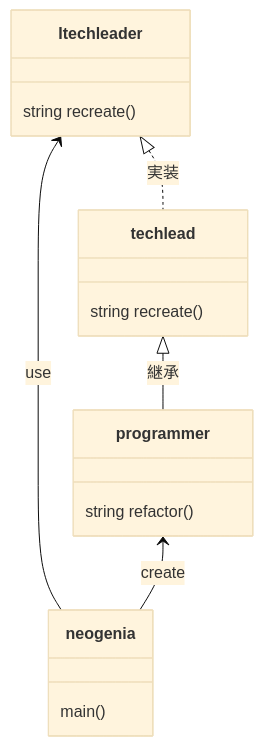
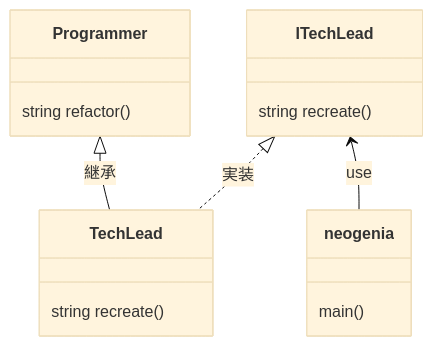
Before and after one commit to 0123takaokeita/design_patterns: the second of 2 diagrams in adapter/class_diagram.md, drawn with Mermaid (base theme). The commit also changed other lines of this file, not shown here.

Commit message:
fix: class図の関係が間違っていたので修正した

````diff
--- a/adapter/class_diagram.md
+++ b/adapter/class_diagram.md
@@ -36,24 +33,23 @@
 ```mermaid
 classDiagram
-    Itechleader <|.. techlead   : 実装
-    Itechleader <--  neogenia   : use
-    programmer  <--  neogenia   : create
-    techlead    <|-- programmer : 継承
+    ITechLead <|.. TechLead : 実装
+    ITechLead <--  neogenia : use
+    Programmer  <|-- TechLead : 継承
 
-    class Itechleader {
+    class ITechLead {
         string recreate()
     }
 
     class neogenia {
         main()
     }
 
-    class techlead {
+    class TechLead {
         string recreate()
     }
 
-    class programmer{
+    class Programmer{
         string refactor()
     }
 
 ```
````
